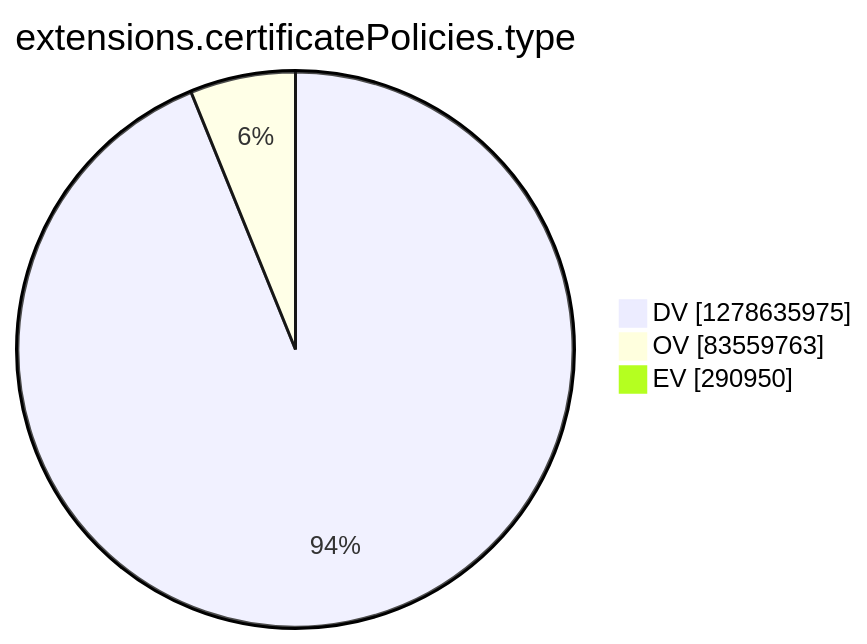
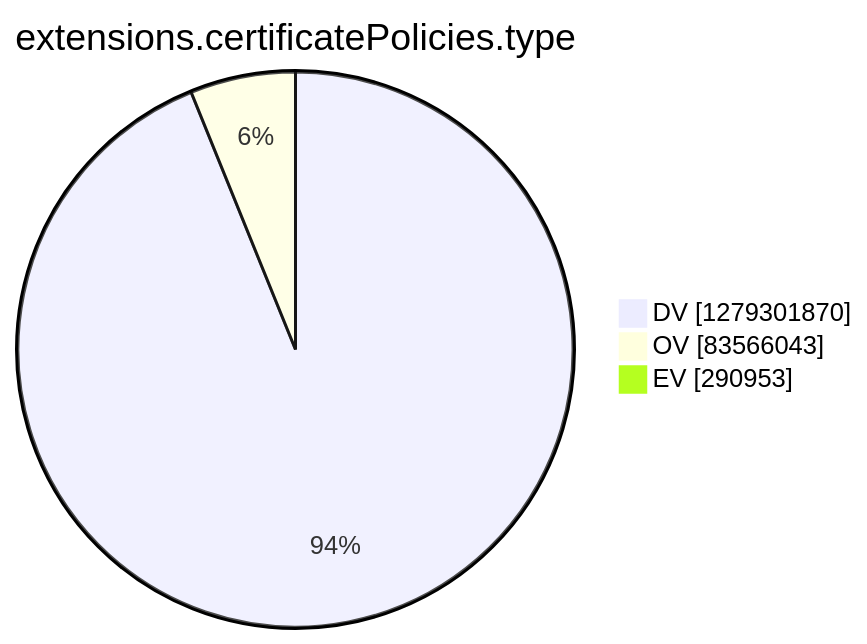
The tenth of 15 diagrams in argon2022/README.md (christiankrug/ctmonitor_visualization), drawn with Mermaid before and after one commit. The commit also changed other lines of this file, not shown here.

````diff
--- a/argon2022/README.md
+++ b/argon2022/README.md
@@ -2771,7 +2771,7 @@
 ```mermaid
 pie showData
 title extensions.certificatePolicies.type
-"DV" :1278635975
-"OV" :83559763
-"EV" :290950
+"DV" :1279301870
+"OV" :83566043
+"EV" :290953
 ```
````
